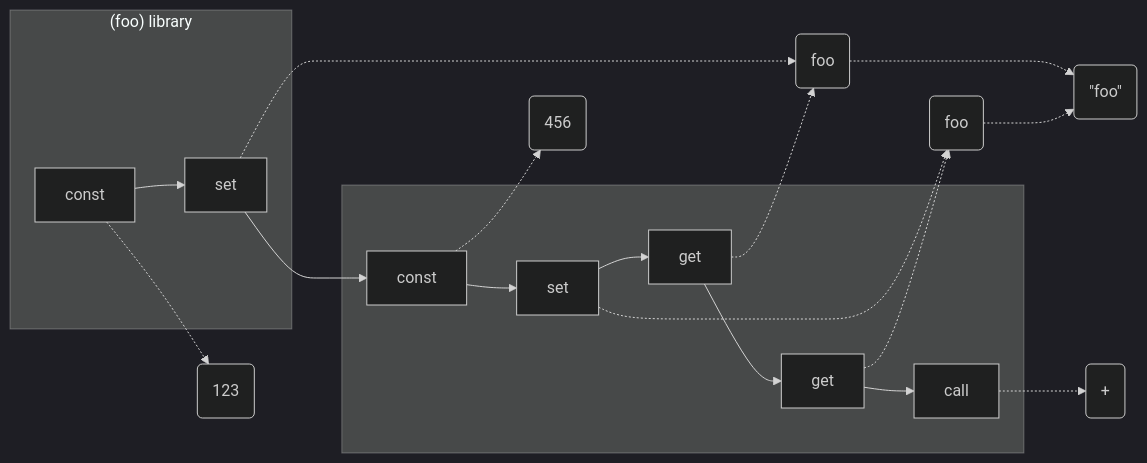
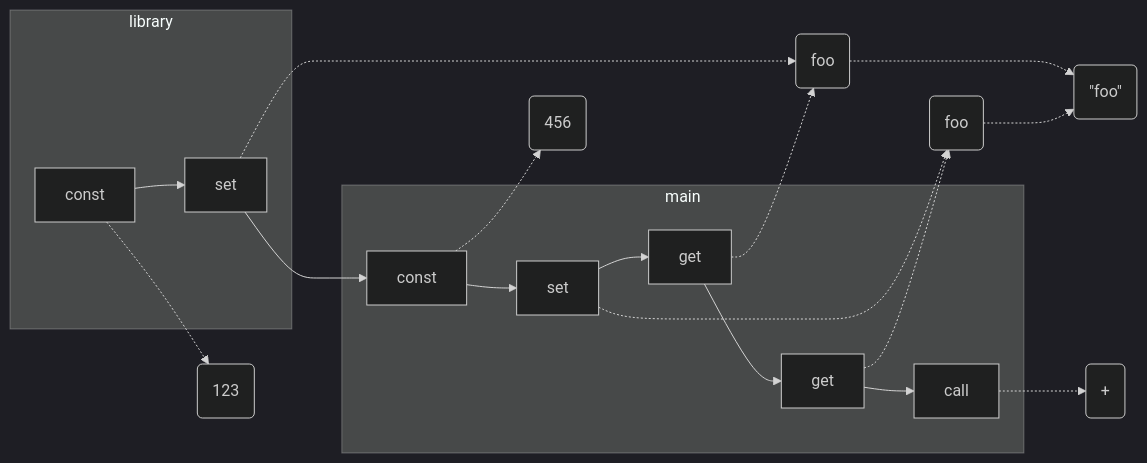
Before and after one commit to raviqqe/doc: the diagram in slides/papers/stak-scheme/library-system.mmd, drawn with Mermaid (dark theme). The commit also changed 10 other files, not shown here.

```diff
--- a/slides/papers/stak-scheme/library-system.mmd
+++ b/slides/papers/stak-scheme/library-system.mmd
@@ -1,22 +1,22 @@
 flowchart LR
   c1 -.-> d3(foo)
   c4 -.-> d3
   c3 -.-> d4(foo)
   c5 -.-> d4
   d3 -.-> d2(#quot;foo#quot;)
   d4 -.-> d2
 
-  subgraph s0["(foo) library"]
+  subgraph library
     c0[const] --> c1[set]
   end
 
   c1 --> c2
 
-  subgraph s1[ ]
+  subgraph main
     c2[const] --> c3[set] --> c4
     c4[get] --> c5[get] --> c6[call]
   end
 
   c0 -.-> d0(123)
   c2 -.-> d1(456)
   c6 -.-> d5(+)
```
